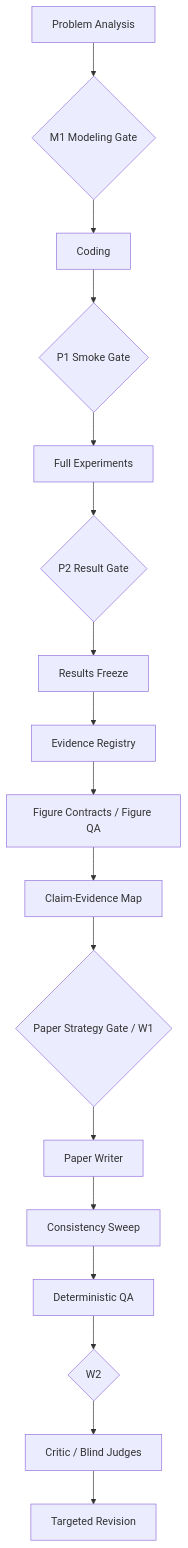
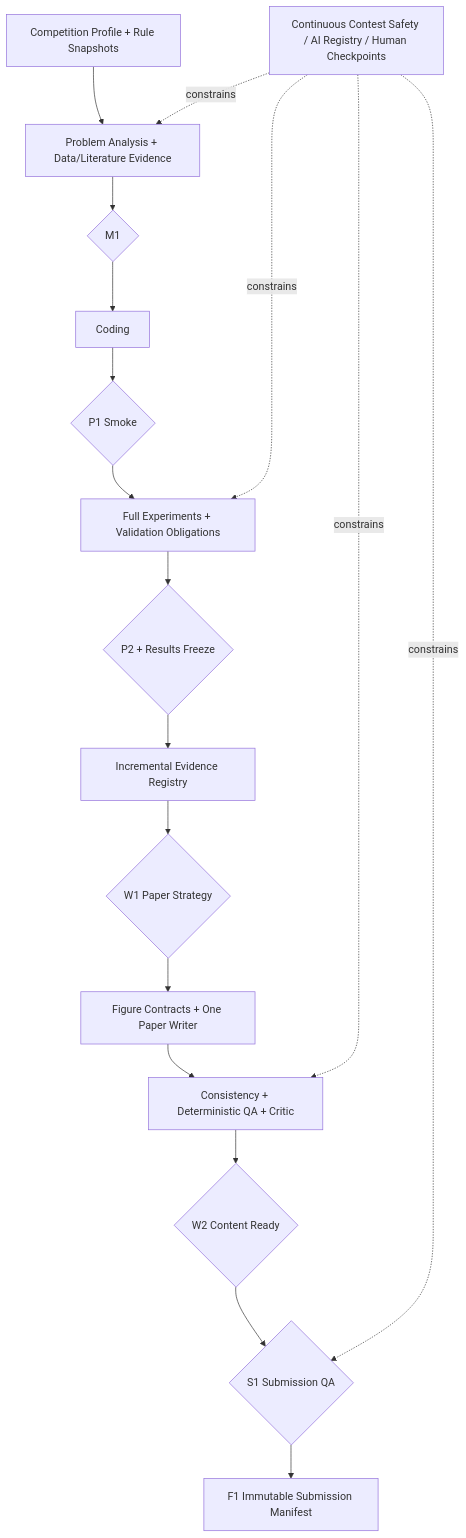
One commit to Leionel/math-model-skill changed the first of 2 diagrams in docs/HARNESS_INTEGRATION_ANALYSIS.md. Above: the diagram before and after it, drawn with Mermaid. The commit also changed other lines of this file and 35 other files, not shown here.

Commit message:
Add contest safety and submission freeze P0

````diff
--- a/docs/HARNESS_INTEGRATION_ANALYSIS.md
+++ b/docs/HARNESS_INTEGRATION_ANALYSIS.md
@@ -24,19 +15,20 @@
 ```mermaid
 flowchart TD
-    A["Problem Analysis"] --> B{"M1 Modeling Gate"}
+    S["Competition Profile + Rule Snapshots"] --> A["Problem Analysis + Data/Literature Evidence"]
+    A --> B{"M1"}
     B --> C["Coding"]
-    C --> D{"P1 Smoke Gate"}
-    D --> E["Full Experiments"]
-    E --> F{"P2 Result Gate"}
-    F --> G["Results Freeze"]
-    G --> H["Evidence Registry"]
-    H --> I["Figure Contracts / Figure QA"]
-    I --> J["Claim-Evidence Map"]
-    J --> K{"Paper Strategy Gate / W1"}
-    K --> L["Paper Writer"]
-    L --> M["Consistency Sweep"]
-    M --> N["Deterministic QA"]
-    N --> O{"W2"}
-    O --> P["Critic / Blind Judges"]
-    P --> Q["Targeted Revision"]
+    C --> D{"P1 Smoke"}
+    D --> E["Full Experiments + Validation Obligations"]
+    E --> F{"P2 + Results Freeze"}
+    F --> G["Incremental Evidence Registry"]
+    G --> H{"W1 Paper Strategy"}
+    H --> I["Figure Contracts + One Paper Writer"]
+    I --> J["Consistency + Deterministic QA + Critic"]
+    J --> K{"W2 Content Ready"}
+    K --> L{"S1 Submission QA"}
+    L --> M["F1 Immutable Submission Manifest"]
+    CS["Continuous Contest Safety / AI Registry / Human Checkpoints"] -. constrains .-> A
+    CS -. constrains .-> E
+    CS -. constrains .-> J
+    CS -. constrains .-> L
 ```
````
